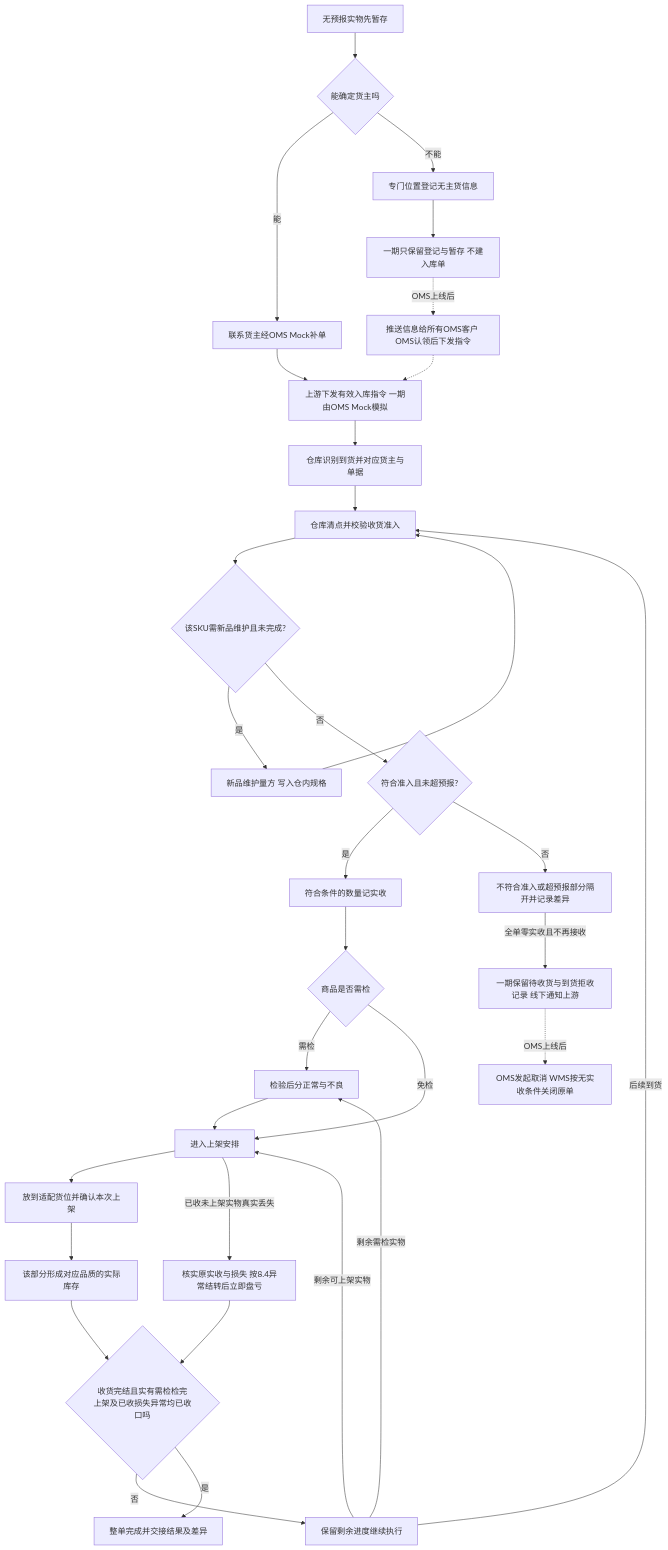
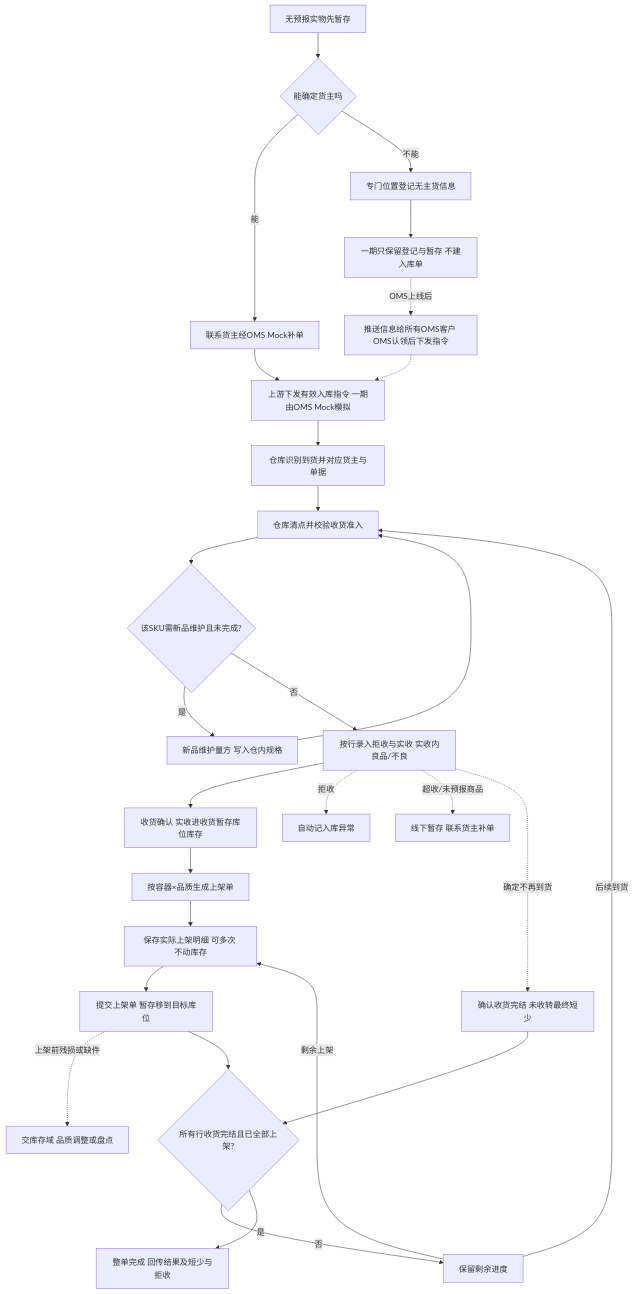
One commit to TopVitamin/QS-WMS-Project changed the diagram in 04-业务分析和设计/02-入库业务设计.md. Above: the diagram before and after it, drawn with Mermaid. The commit also changed other lines of this file and 151 other files, not shown here.

````diff
--- a/04-业务分析和设计/02-入库业务设计.md
+++ b/04-业务分析和设计/02-入库业务设计.md
@@ -115,34 +112,30 @@
 ```mermaid
 flowchart TD
     A[上游下发有效入库指令 一期由OMS Mock模拟] --> B[仓库识别到货并对应货主与单据]
     U[无预报实物先暂存] --> C{能确定货主吗}
     C -->|能| D[联系货主经OMS Mock补单]
     D --> A
     C -->|不能| E[专门位置登记无主货信息]
     E --> F[一期只保留登记与暂存 不建入库单]
     F -.->|OMS上线后| FO[推送信息给所有OMS客户 OMS认领后下发指令]
     FO -.-> A
     B --> G[仓库清点并校验收货准入]
     G --> NM{该SKU需新品维护且未完成?}
     NM -->|是| NP[新品维护量方 写入仓内规格]
     NP --> G
-    NM -->|否| GA{符合准入且未超预报?}
-    GA -->|是| H[符合条件的数量记实收]
-    GA -->|否| X[不符合准入或超预报部分隔开并记录差异]
-    X -->|全单零实收且不再接收| XC[一期保留待收货与到货拒收记录 线下通知上游]
-    XC -.->|OMS上线后| XO[OMS发起取消 WMS按无实收条件关闭原单]
-    H --> I{商品是否需检}
-    I -->|需检| J[检验后分正常与不良]
-    I -->|免检| K[进入上架安排]
-    J --> K
-    K --> L[放到适配货位并确认本次上架]
-    L --> M[该部分形成对应品质的实际库存]
-    M --> N{收货完结且实有需检检完\n上架及已收损失异常均已收口吗}
-    K -->|已收未上架实物真实丢失| Z[核实原实收与损失 按8.4异常结转后立即盘亏]
-    Z --> N
-    N -->|否| O[保留剩余进度继续执行]
+    NM -->|否| RC[按行录入拒收与实收 实收内良品/不良]
+    RC --> ST[收货确认 实收进收货暂存库位库存]
+    ST --> PO[按容器×品质生成上架单]
+    PO --> SV[保存实际上架明细 可多次 不动库存]
+    SV --> SUB[提交上架单 暂存移到目标库位]
+    SUB -.->|上架前残损或缺件| INV[交库存域 品质调整或盘点]
+    RC -.->|拒收| DF[自动记入库异常]
+    RC -.->|超收/未预报商品| OX[线下暂存 联系货主补单]
+    RC -.->|确定不再到货| CF[确认收货完结 未收转最终短少]
+    SUB --> N{所有行收货完结且已全部上架?}
+    CF --> N
+    N -->|否| O[保留剩余进度]
     O -->|后续到货| G
-    O -->|剩余需检实物| J
-    O -->|剩余可上架实物| K
-    N -->|是| Q[整单完成并交接结果及差异]
+    O -->|剩余上架| SV
+    N -->|是| Q[整单完成 回传结果及短少与拒收]
 ```
````
